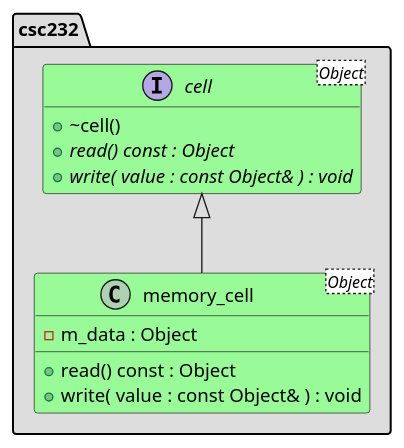
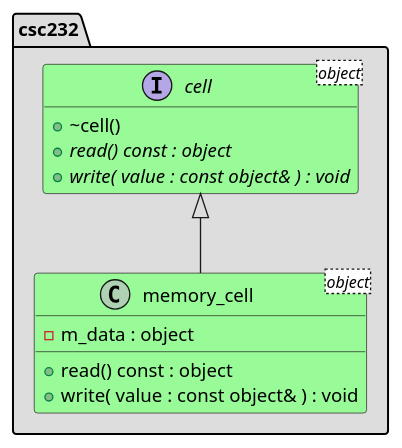
One commit to msu-csc232-sp26/google-test-template changed the diagram in src/main/resources/class-diagram.puml. Above: the diagram before and after it, drawn with PlantUML. The commit also changed 13 other files, not shown here.

```diff
--- a/src/main/resources/class-diagram.puml
+++ b/src/main/resources/class-diagram.puml
@@ -1,29 +1,29 @@
 @startuml
 'https://plantuml.com/class-diagram
 set separator ::
 
 hide fields
 skinparam class {
 BackgroundColor PaleGreen
 }
 
 namespace csc232 #DDDDDD {
 }
 
-interface csc232::cell<Object> {
+interface csc232::cell<object> {
 + ~cell()
-+ {abstract} read() const : Object
-+ {abstract} write( value : const Object& ) : void
++ {abstract} read() const : object
++ {abstract} write( value : const object& ) : void
 }
 
 csc232::cell <|-- csc232::memory_cell
 
-class csc232::memory_cell<Object> {
-- m_data : Object
-+ read() const : Object
-+ write( value : const Object& ) : void
+class csc232::memory_cell<object> {
+- m_data : object
++ read() const : object
++ write( value : const object& ) : void
 }
 
 show memory_cell fields
 
 @enduml
```
